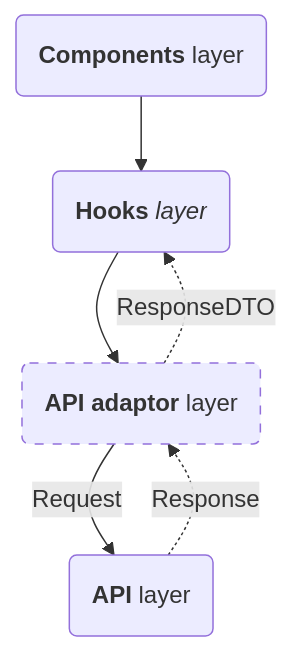
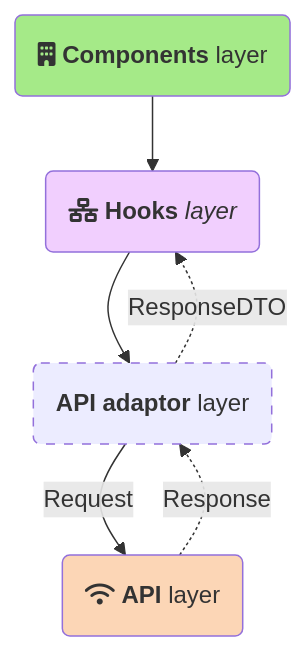
One commit to EthanLin-TWer/blog changed the first of 4 diagrams in _posts/2023-12-10-react-unit-testing-best-practices.md. Above: the diagram before and after it, drawn with Mermaid.

Commit message:
🌞post: make sure palette is globally consistent

````diff
--- a/_posts/2023-12-10-react-unit-testing-best-practices.md
+++ b/_posts/2023-12-10-react-unit-testing-best-practices.md
@@ -89,16 +89,20 @@
 ```mermaid
 flowchart TB
-  components(<b>Components</b> layer)
-  hooks(<b>Hooks</b> <i>layer</i>)
+  components(fa:fa-building <b>Components</b> layer)
+  hooks(fa:fa-network-wired <b>Hooks</b> <i>layer</i>)
   api_adaptor(<b>API adaptor</b> layer)
-  api(<b>API</b> layer)
+  api(fa:fa-wifi <b>API</b> layer)
   
   style api_adaptor stroke-dasharray: 6 6
+  style components fill:#A5EA88
+  style hooks fill:#F1CFFE
+  style api fill:#FCD6B6
   
   components --> hooks
   hooks --> api_adaptor
   api_adaptor -. ResponseDTO .-> hooks 
   
   api_adaptor -- Request --> api
   api -. Response .-> api_adaptor
+
 ```
````
